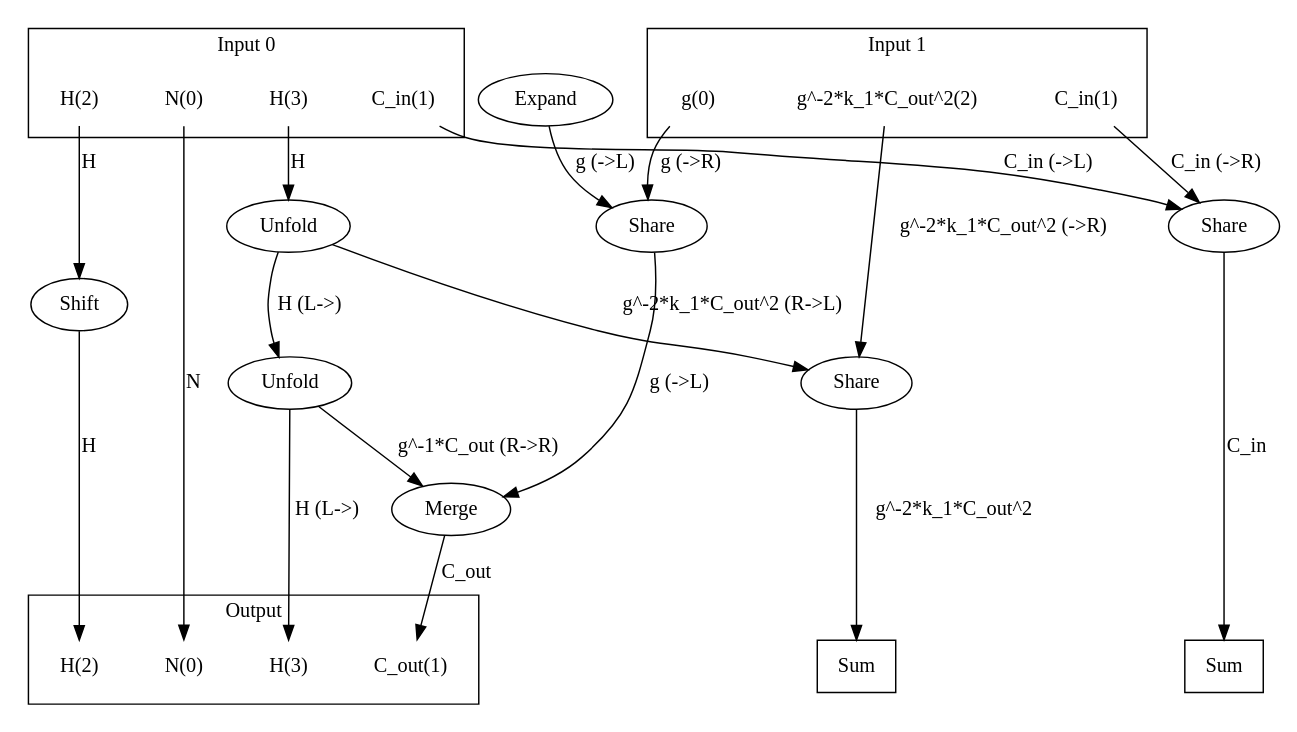
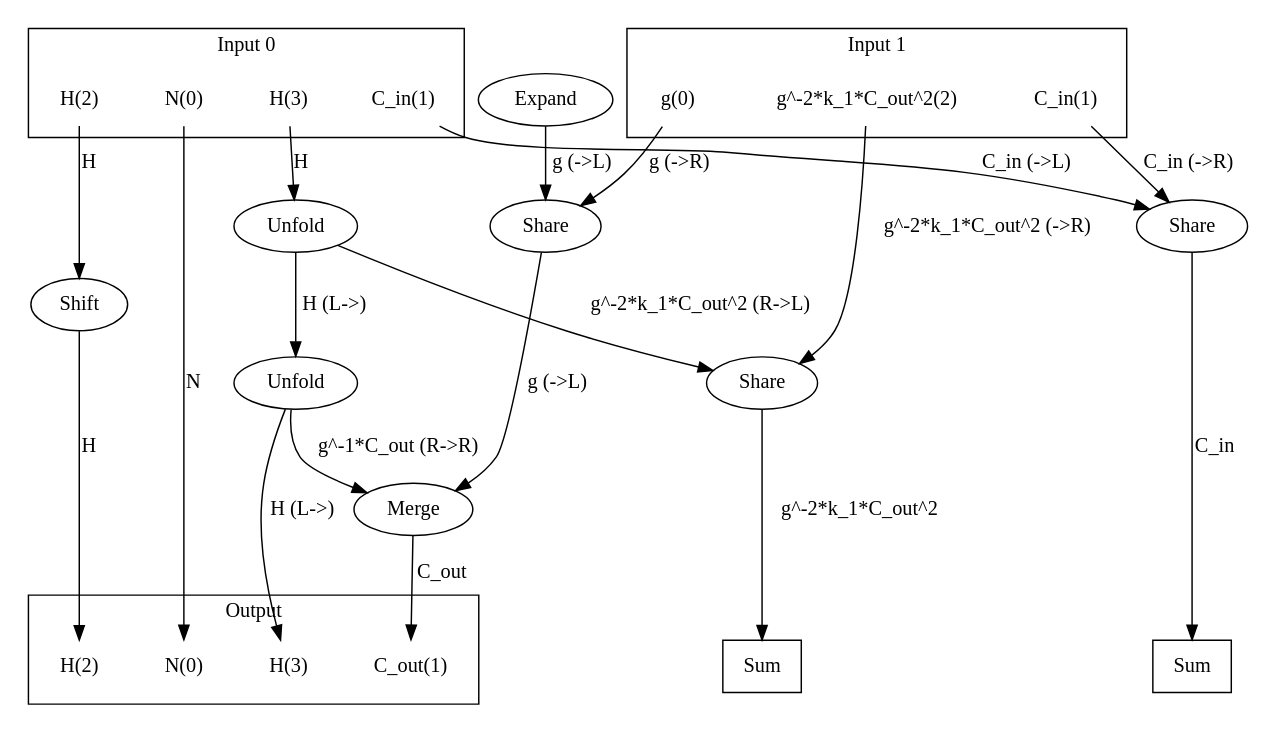
The diagram in data/vision/mdev/good-kernels-imagenet/densenet121/07961_6401135668858572539/kernel_scheduler_dir/kernel_graph.dot (Yongqi-Zhuo/Syno-AE), drawn with Graphviz before and after one commit. The commit also changed 509 other files, not shown here.

```diff
--- a/data/vision/mdev/good-kernels-imagenet/densenet121/07961_6401135668858572539/kernel_scheduler_dir/kernel_graph.dot
+++ b/data/vision/mdev/good-kernels-imagenet/densenet121/07961_6401135668858572539/kernel_scheduler_dir/kernel_graph.dot
@@ -1,67 +1,67 @@
 digraph kernel_generated {
 newrank = true;
-op_0x560a21e8d380 [label="Unfold"];
-op_0x560a21e8d540 [label="Unfold"];
-op_0x560a2238a0b0 [label="Merge"];
-op_0x560a242db8e0 [label="Share"];
-op_0x560a242db930 [label="Share"];
-op_0x560a242db980 [label="Share"];
-op_0x560a2447e6c0 [label="Shift"];
-op_0x560a246430b8 [label="Expand"];
-reduce_0x7f921800c4d8 [label="Sum", shape=box];
-reduce_0x7f9218005ad8 [label="Sum", shape=box];
+op_0x55586e59e850 [label="Share"];
+op_0x55586e59e8a0 [label="Share"];
+op_0x55586e59e8f0 [label="Share"];
+op_0x55586e59ed18 [label="Expand"];
+op_0x55586e59f580 [label="Shift"];
+op_0x55586e5a0220 [label="Merge"];
+op_0x55586e5a1080 [label="Unfold"];
+op_0x55586e5a10c0 [label="Unfold"];
+reduce_0x7f517000c2d8 [label="Sum", shape=box];
+reduce_0x7f51700058d8 [label="Sum", shape=box];
 subgraph cluster_out {
 label = "Output";
 out_0 [label="N(0)", shape=none];
 out_1 [label="C_out(1)", shape=none];
 out_2 [label="H(2)", shape=none];
 out_3 [label="H(3)", shape=none];
 }
 { rank = same;
-reduce_0x7f921800c4d8;
-reduce_0x7f9218005ad8;
+reduce_0x7f517000c2d8;
+reduce_0x7f51700058d8;
 out_0;
 out_1;
 out_2;
 out_3;
 }
 subgraph cluster_in_0 {
 label = "Input 0";
 in_0_0 [label="N(0)", shape=none];
 in_0_1 [label="C_in(1)", shape=none];
 in_0_2 [label="H(2)", shape=none];
 in_0_3 [label="H(3)", shape=none];
 }
 subgraph cluster_in_1 {
 label = "Input 1";
 in_1_0 [label="g(0)", shape=none];
 in_1_1 [label="C_in(1)", shape=none];
 in_1_2 [label="g^-2*k_1*C_out^2(2)", shape=none];
 }
 { rank = same;
 in_0_0;
 in_0_1;
 in_0_2;
 in_0_3;
 in_1_0;
 in_1_1;
 in_1_2;
 }
 in_0_0 -> out_0 [label="N"];
-in_0_1 -> op_0x560a242db8e0 [label="C_in (->L)"];
-in_0_2 -> op_0x560a2447e6c0 [label="H"];
-in_0_3 -> op_0x560a21e8d540 [label="H"];
-in_1_0 -> op_0x560a242db930 [label="g (->R)"];
-in_1_1 -> op_0x560a242db8e0 [label="C_in (->R)"];
-in_1_2 -> op_0x560a242db980 [label="g^-2*k_1*C_out^2 (->R)"];
-op_0x560a21e8d540 -> op_0x560a21e8d380 [label="H (L->)"];
-op_0x560a242db930 -> op_0x560a2238a0b0 [label="g (->L)"];
-op_0x560a21e8d380 -> op_0x560a2238a0b0 [label="g^-1*C_out (R->R)"];
-op_0x560a2238a0b0 -> out_1 [label="C_out"];
-op_0x560a2447e6c0 -> out_2 [label="H"];
-op_0x560a21e8d380 -> out_3 [label="H (L->)"];
-op_0x560a246430b8 -> op_0x560a242db930 [label="g (->L)"];
-op_0x560a21e8d540 -> op_0x560a242db980 [label="g^-2*k_1*C_out^2 (R->L)"];
-op_0x560a242db8e0 -> reduce_0x7f9218005ad8 [label="C_in"];
-op_0x560a242db980 -> reduce_0x7f921800c4d8 [label="g^-2*k_1*C_out^2"];
+in_0_1 -> op_0x55586e59e850 [label="C_in (->L)"];
+in_0_2 -> op_0x55586e59f580 [label="H"];
+in_0_3 -> op_0x55586e5a10c0 [label="H"];
+in_1_0 -> op_0x55586e59e8a0 [label="g (->R)"];
+in_1_1 -> op_0x55586e59e850 [label="C_in (->R)"];
+in_1_2 -> op_0x55586e59e8f0 [label="g^-2*k_1*C_out^2 (->R)"];
+op_0x55586e5a0220 -> out_1 [label="C_out"];
+op_0x55586e59f580 -> out_2 [label="H"];
+op_0x55586e5a1080 -> out_3 [label="H (L->)"];
+op_0x55586e59ed18 -> op_0x55586e59e8a0 [label="g (->L)"];
+op_0x55586e5a10c0 -> op_0x55586e59e8f0 [label="g^-2*k_1*C_out^2 (R->L)"];
+op_0x55586e59e8a0 -> op_0x55586e5a0220 [label="g (->L)"];
+op_0x55586e5a1080 -> op_0x55586e5a0220 [label="g^-1*C_out (R->R)"];
+op_0x55586e5a10c0 -> op_0x55586e5a1080 [label="H (L->)"];
+op_0x55586e59e850 -> reduce_0x7f51700058d8 [label="C_in"];
+op_0x55586e59e8f0 -> reduce_0x7f517000c2d8 [label="g^-2*k_1*C_out^2"];
 }
```
